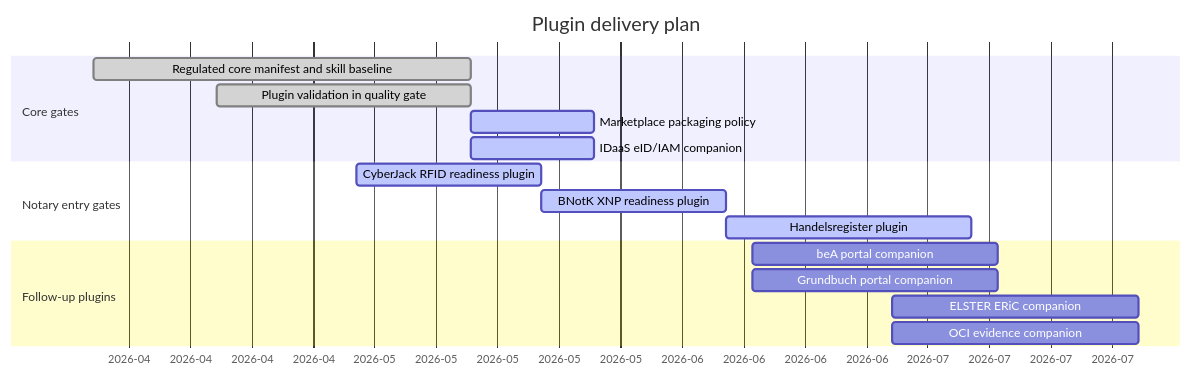
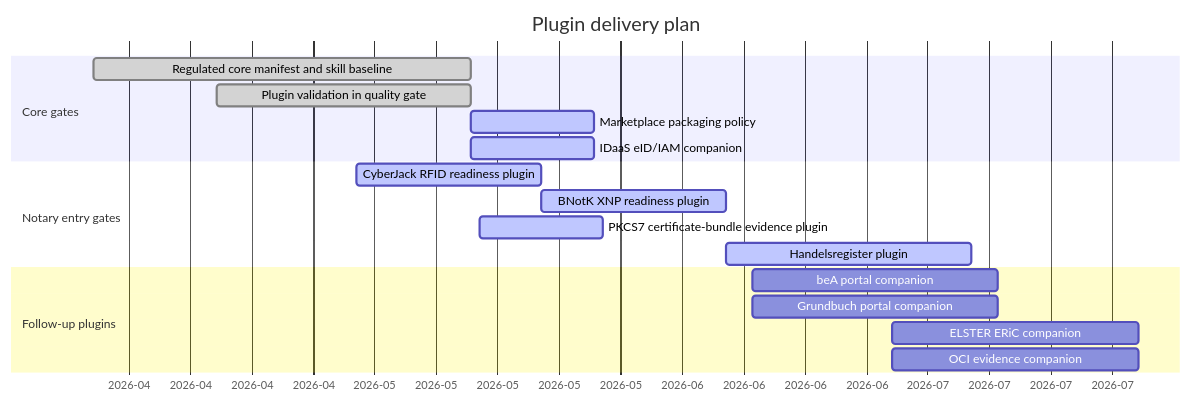
One commit to notariat8/NaC changed the diagram in plugins/GANTT.md. Above: the diagram before and after it, drawn with Mermaid. The commit also changed other lines of this file and 12 other files, not shown here.

Commit message:
Add PKCS7 certbundle plugin

````diff
--- a/plugins/GANTT.md
+++ b/plugins/GANTT.md
@@ -5,23 +5,24 @@
 ```mermaid
 gantt
     title Plugin delivery plan
     dateFormat  YYYY-MM-DD
     axisFormat  %Y-%m
 
     section Core gates
     Regulated core manifest and skill baseline :done,   p1, 2026-04-01, 2026-05-14
     Plugin validation in quality gate          :done,   p2, 2026-04-15, 2026-05-14
     Marketplace packaging policy               :active, p3, 2026-05-14, 14d
     IDaaS eID/IAM companion                    :active, p4, 2026-05-14, 14d
 
     section Notary entry gates
     CyberJack RFID readiness plugin            :active, p5, 2026-05-01, 21d
     BNotK XNP readiness plugin                 :active, p6, after p5, 21d
+    PKCS7 certificate-bundle evidence plugin   :active, p6a, 2026-05-15, 14d
     Handelsregister plugin                     :active, p7, after p6, 28d
 
     section Follow-up plugins
     beA portal companion                       :        p8, 2026-06-15, 28d
     Grundbuch portal companion                 :        p9, 2026-06-15, 28d
     ELSTER ERiC companion                      :        p10, 2026-07-01, 28d
     OCI evidence companion                     :        p11, 2026-07-01, 28d
 ```
````
